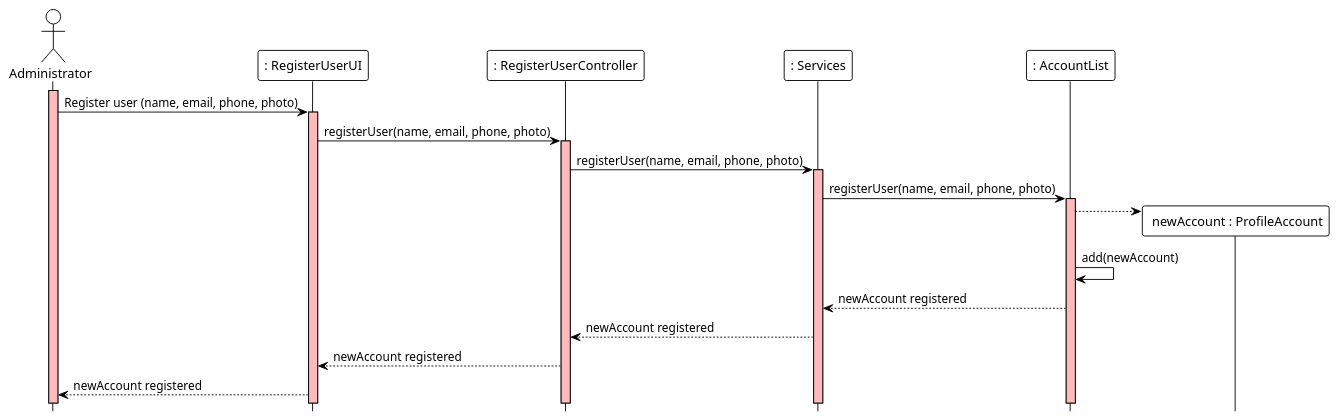
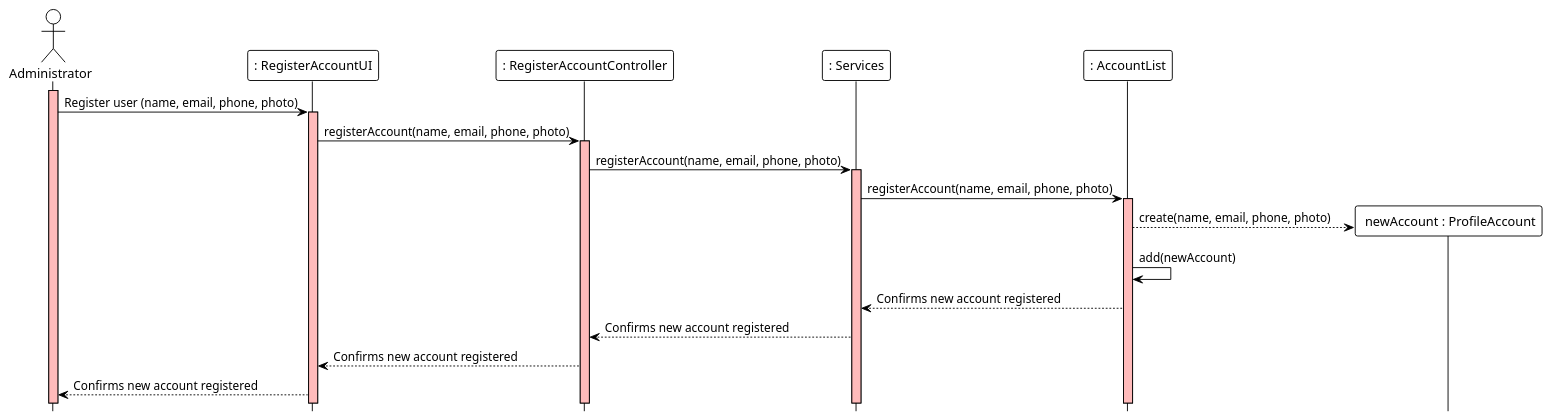
The diagram in docs/modelling_design/user_stories/us002/US002_RegisterUserSD.puml (ivo-menezes/project_g3), drawn with PlantUML before and after one commit.

Commit message:
US002: Design: fixed typos in RegisterUserSD

```diff
--- a/docs/modelling_design/user_stories/us002/US002_RegisterUserSD.puml
+++ b/docs/modelling_design/user_stories/us002/US002_RegisterUserSD.puml
@@ -1,26 +1,27 @@
 @startuml
 !theme plain
 hide footbox
 actor Administrator  as Administrator
-participant ": RegisterUserUI" as UI
-participant ": RegisterUserController" as Controller
+participant ": RegisterAccountUI" as UI
+participant ": RegisterAccountController" as Controller
 participant ": Services" as Services
 participant ": AccountList" as List
 
 activate Administrator #FFBBBB
 Administrator ->  UI : Register user (name, email, phone, photo)
 activate UI #FFBBBB
-UI -> Controller : registerUser(name, email, phone, photo)
+UI -> Controller : registerAccount(name, email, phone, photo)
 activate Controller #FFBBBB
-Controller -> Services : registerUser(name, email, phone, photo)
+Controller -> Services : registerAccount(name, email, phone, photo)
 activate Services #FFBBBB
-Services -> List : registerUser(name, email, phone, photo)
+Services -> List : registerAccount(name, email, phone, photo)
 activate List #FFBBBB
 
-List -->" newAccount : ProfileAccount" **
+'List -> List : emailExists(email)
+List -->" newAccount : ProfileAccount" ** : create(name, email, phone, photo)
 List -> List : add(newAccount)
-List --> Services : newAccount registered
-Services --> Controller : newAccount registered
-Controller --> UI : newAccount registered
-UI --> Administrator : newAccount registered
+List --> Services : Confirms new account registered
+Services --> Controller : Confirms new account registered
+Controller --> UI : Confirms new account registered
+UI --> Administrator : Confirms new account registered
 @enduml
```
